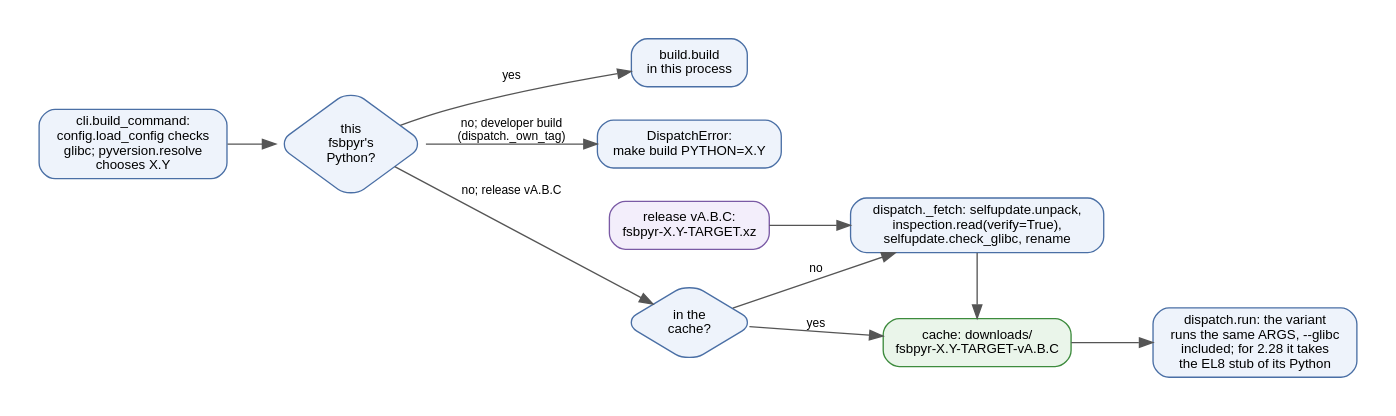
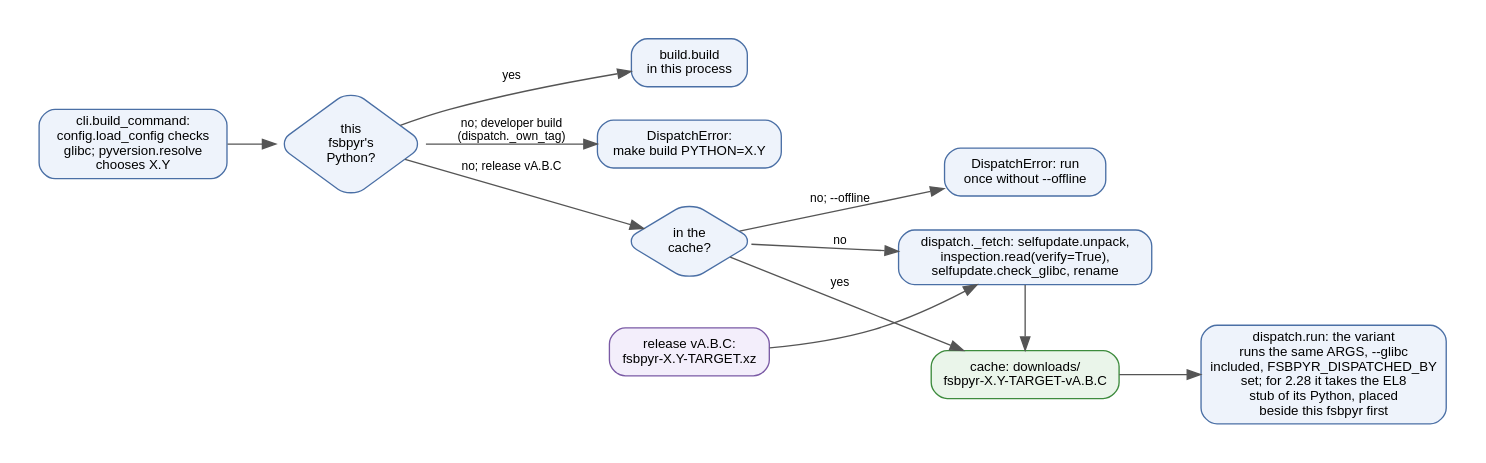
Before and after one commit to devitops-com/fsbpyr: the diagram in wiki/diagrams/build-dispatch.dot, drawn with Graphviz. The commit also changed 26 other files, not shown here.

```diff
--- a/wiki/diagrams/build-dispatch.dot
+++ b/wiki/diagrams/build-dispatch.dot
@@ -1,35 +1,38 @@
-// How fsbpyr build picks the Python and hands the build to another fsbpyr (v0.27.0):
+// How fsbpyr build picks the Python and hands the build to another fsbpyr (v0.28.0):
 // cli.build_command, config.load_config, pyversion.resolve, then dispatch.run, variant, _own_tag
-// and _fetch. The variant gets the same arguments, --glibc included.
+// and _fetch. The variant gets the same arguments, --glibc and --offline included, and
+// FSBPYR_DISPATCHED_BY, where it looks for a placed EL8 stub first.
 digraph build_dispatch {
   graph [fontname="Helvetica" fontsize=11 rankdir=LR bgcolor="white" pad=0.3 nodesep=0.35 ranksep=0.5];
   node [fontname="Helvetica" fontsize=10 shape=box style="rounded,filled" fillcolor="#eef3fb" color="#4a6fa5"];
   edge [fontname="Helvetica" fontsize=9 color="#555555"];
 
   resolve [label="cli.build_command:\nconfig.load_config checks\nglibc; pyversion.resolve\nchooses X.Y"];
   own [shape=diamond label="this\nfsbpyr's\nPython?"];
   build [label="build.build\nin this process"];
   dev [label="DispatchError:\nmake build PYTHON=X.Y"];
   cached [shape=diamond label="in the\ncache?"];
+  offline [label="DispatchError: run\nonce without --offline"];
   fetch [label="dispatch._fetch: selfupdate.unpack,\ninspection.read(verify=True),\nselfupdate.check_glibc, rename"];
-  run [label="dispatch.run: the variant\nruns the same ARGS, --glibc\nincluded; for 2.28 it takes\nthe EL8 stub of its Python"];
+  run [label="dispatch.run: the variant\nruns the same ARGS, --glibc\nincluded, FSBPYR_DISPATCHED_BY\nset; for 2.28 it takes the EL8\nstub of its Python, placed\nbeside this fsbpyr first"];
 
   node [fillcolor="#f3eefb" color="#7a5aa5"];
   release [label="release vA.B.C:\nfsbpyr-X.Y-TARGET.xz"];
 
   node [fillcolor="#eaf5ea" color="#3d8b3d"];
   file [label="cache: downloads/\nfsbpyr-X.Y-TARGET-vA.B.C"];
 
   resolve -> own;
   own -> build [label="yes"];
   own -> dev [label="no; developer build\n(dispatch._own_tag)"];
   own -> cached [label="no; release vA.B.C"];
   cached -> file [label="yes"];
   cached -> fetch [label="no"];
+  cached -> offline [label="no; --offline"];
   release -> fetch;
   fetch -> file;
   file -> run;
 
   { rank=same; release; cached; }
   { rank=same; fetch; file; }
 }
```
